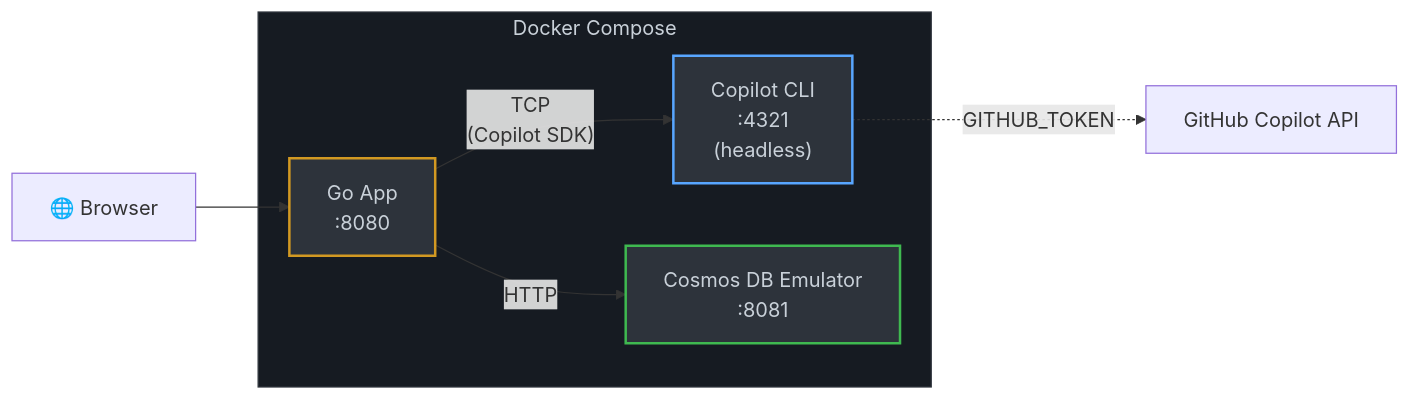
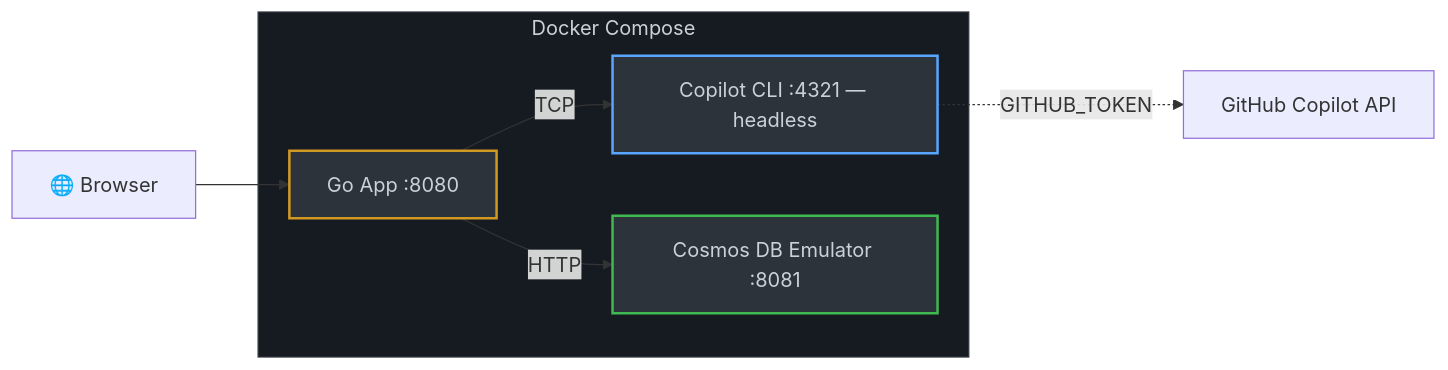
One commit to abhirockzz/cosmosdb_copilot_sdk_demo_app changed the first of 2 diagrams in README.md. Above: the diagram before and after it, drawn with Mermaid.

Commit message:
Fix mermaid diagram - remove newline escapes in labels

````diff
--- a/README.md
+++ b/README.md
@@ -39,19 +39,16 @@
 ```mermaid
 flowchart LR
+    Browser["🌐 Browser"] --> App["Go App :8080"]
+
     subgraph docker["Docker Compose"]
-        App["Go App\n:8080"]
-        CLI["Copilot CLI\n:4321\n(headless)"]
-        Emulator["Cosmos DB Emulator\n:8081"]
-
-        App -- "TCP\n(Copilot SDK)" --> CLI
-        App -- "HTTP" --> Emulator
+        App -- TCP --> CLI["Copilot CLI :4321 — headless"]
+        App -- HTTP --> Emulator["Cosmos DB Emulator :8081"]
     end
 
-    CLI -. "GITHUB_TOKEN" .-> GitHub["GitHub Copilot API"]
-    Browser["🌐 Browser"] --> App
+    CLI -. GITHUB_TOKEN .-> GitHub["GitHub Copilot API"]
 
     style CLI fill:#2d333b,stroke:#58a6ff,stroke-width:2px,color:#c9d1d9
     style Emulator fill:#2d333b,stroke:#3fb950,stroke-width:2px,color:#c9d1d9
     style App fill:#2d333b,stroke:#d29922,stroke-width:2px,color:#c9d1d9
     style docker fill:#161b22,stroke:#30363d,color:#c9d1d9
 ```
````
